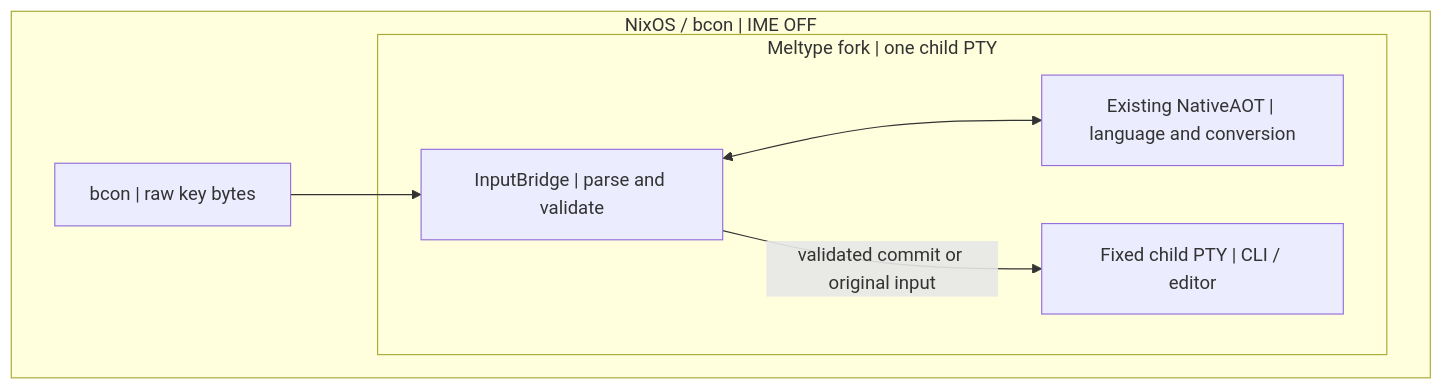
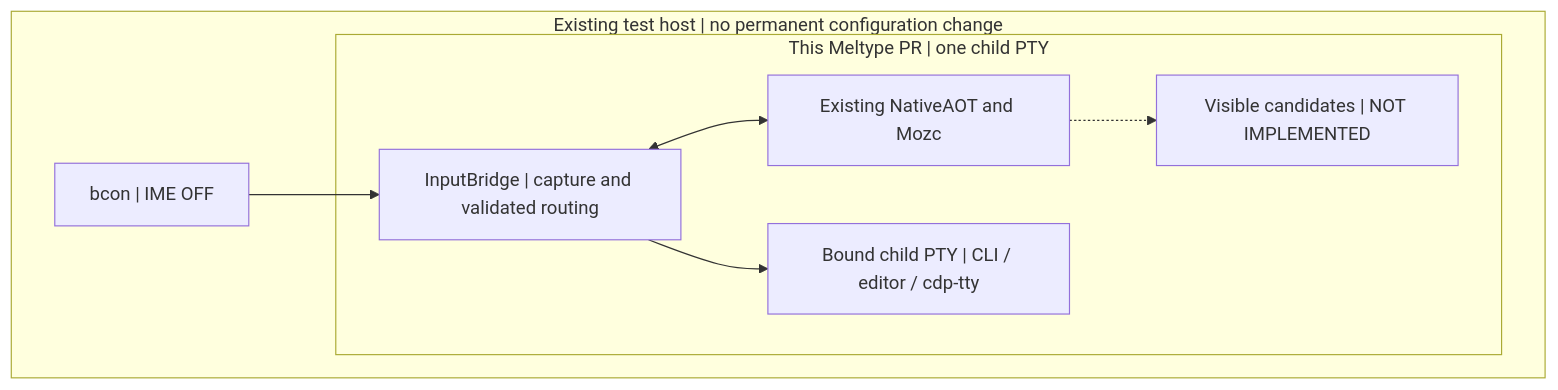
One commit to roccho-dev/Meltype changed the diagram in linux/tty/README.md. Above: the diagram before and after it, drawn with Mermaid. The commit also changed other lines of this file and 5 other files, not shown here.

Commit message:
fix(tty): close startup and input-order failures; verify real NativeAOT in the shipped PTY path

````diff
--- a/linux/tty/README.md
+++ b/linux/tty/README.md
@@ -7,14 +8,16 @@
 ```mermaid
 flowchart TB
-  subgraph HOST["NixOS / bcon | IME OFF"]
-    B["bcon | raw key bytes"]
-    subgraph P["Meltype fork | one child PTY"]
-      K["InputBridge | parse and validate"]
-      M["Existing NativeAOT | language and conversion"]
-      T["Fixed child PTY | CLI / editor"]
+  subgraph HOST["Existing test host | no permanent configuration change"]
+    B["bcon | IME OFF"]
+    subgraph PRODUCT["This Meltype PR | one child PTY"]
+      K["InputBridge | capture and validated routing"]
+      M["Existing NativeAOT and Mozc"]
+      U["Visible candidates | NOT IMPLEMENTED"]
+      T["Bound child PTY | CLI / editor / cdp-tty"]
       K <--> M
-      K -->|"validated commit or original input"| T
+      M -.-> U
+      K --> T
     end
     B --> K
   end
 ```
````
